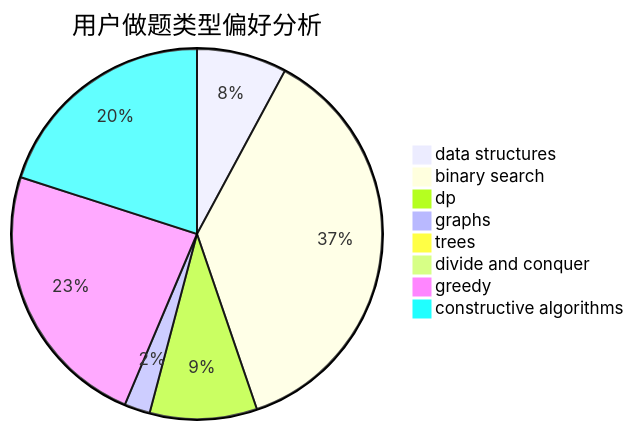
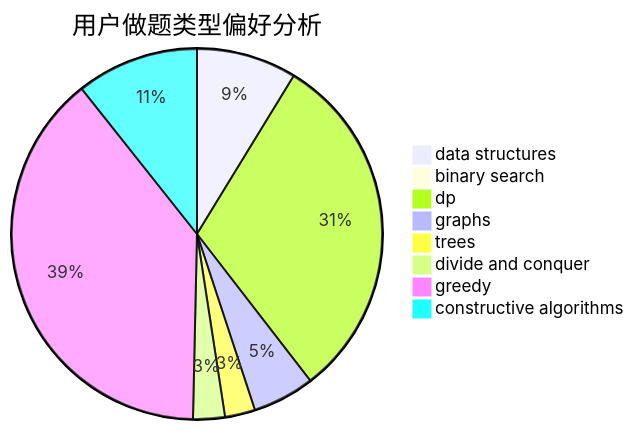
The second of 3 diagrams in docs/user/u2377.md (sherpahu/cfrs.github.io), drawn with Mermaid before and after one commit. The commit also changed other lines of this file and 2770 other files, not shown here.

````diff
--- a/docs/user/u2377.md
+++ b/docs/user/u2377.md
@@ -23,11 +23,11 @@
 ```mermaid
 pie title 用户做题类型偏好分析
-    "data structures" :  42
-    "binary search" :  197
-    "dp" :  50
-    "graphs" :  12
-    "trees" :  5
-    "divide and conquer" :  0
-    "greedy" :  126
-    "constructive algorithms" :  107
+    "data structures" :  63
+    "binary search" :  5
+    "dp" :  222
+    "graphs" :  39
+    "trees" :  19
+    "divide and conquer" :  20
+    "greedy" :  281
+    "constructive algorithms" :  77
 ```
````
